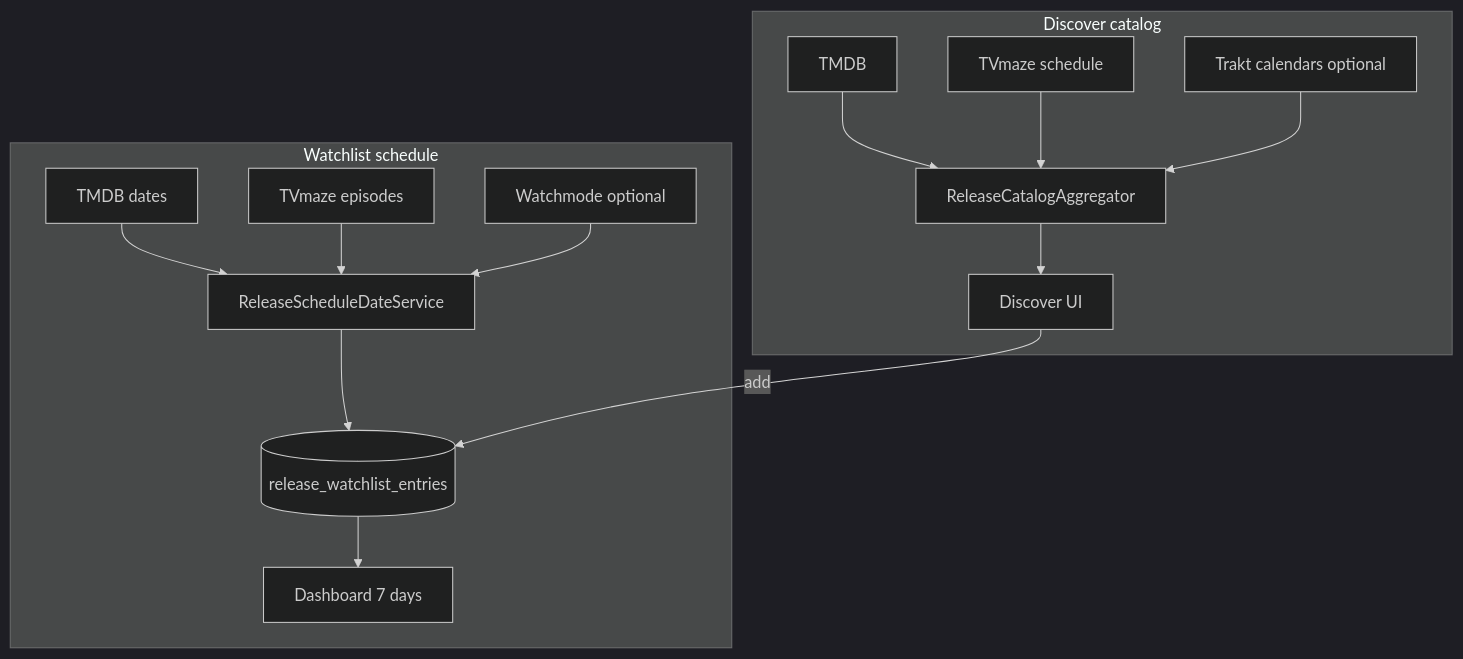
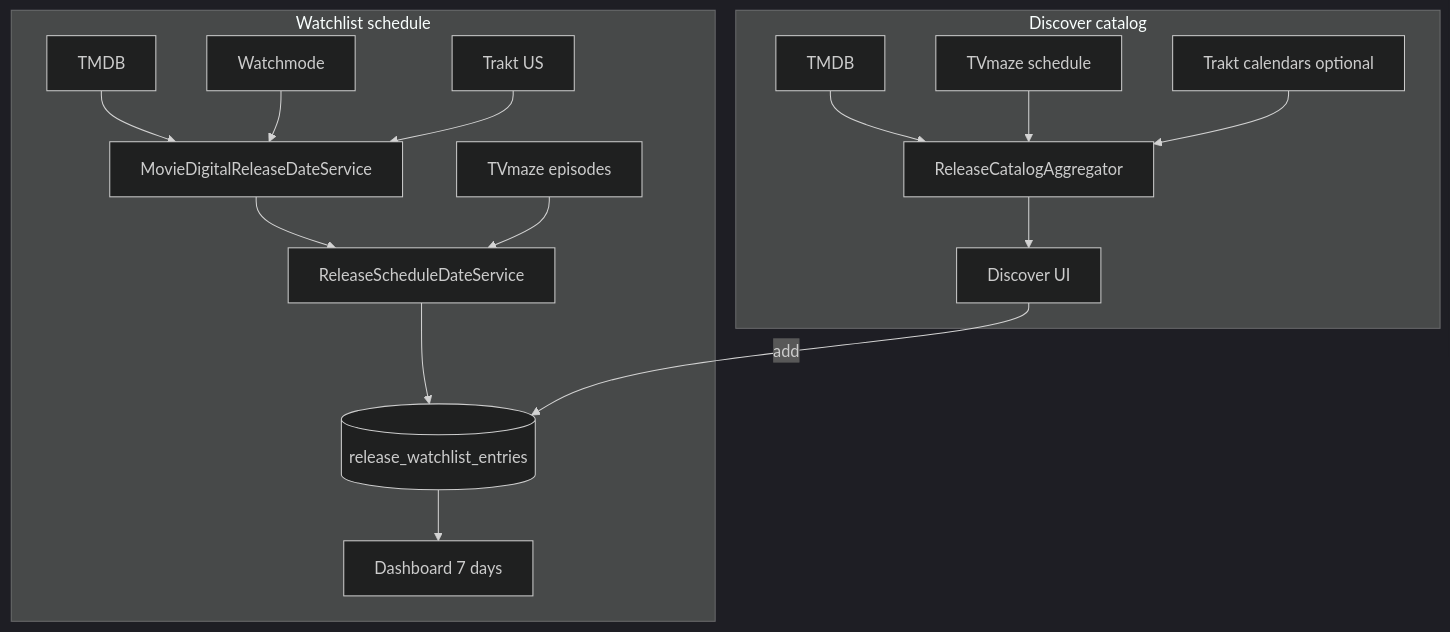
The diagram in docs/modules/RELEASES_ARCHITECTURE.md (denis-ershov/anisync), drawn with Mermaid (dark theme) before and after one commit. The commit also changed other lines of this file and 20 other files, not shown here.

First line of the commit message:
Enhance torrent watchlist with digital release and episode scheduling

````diff
--- a/docs/modules/RELEASES_ARCHITECTURE.md
+++ b/docs/modules/RELEASES_ARCHITECTURE.md
@@ -38,26 +40,30 @@
 ```mermaid
 flowchart TB
   subgraph catalog [Discover catalog]
     TMDB[TMDB]
     TVMAZE[TVmaze schedule]
     TRAKT[Trakt calendars optional]
     AGG[ReleaseCatalogAggregator]
     TMDB --> AGG
     TVMAZE --> AGG
     TRAKT --> AGG
     AGG --> Discover[Discover UI]
   end
   subgraph schedule [Watchlist schedule]
     SDS[ReleaseScheduleDateService]
-    TMDB2[TMDB dates]
+    MDR[MovieDigitalReleaseDateService]
+    TMDB2[TMDB]
+    WM[Watchmode]
+    TRAKT2[Trakt US]
     TVMAZE2[TVmaze episodes]
-    WM[Watchmode optional]
     WL[(release_watchlist_entries)]
-    TMDB2 --> SDS
+    TMDB2 --> MDR
+    WM --> MDR
+    TRAKT2 --> MDR
+    MDR --> SDS
     TVMAZE2 --> SDS
-    WM --> SDS
     SDS --> WL
     WL --> Dash[Dashboard 7 days]
   end
   Discover -->|add| WL
 ```
````
